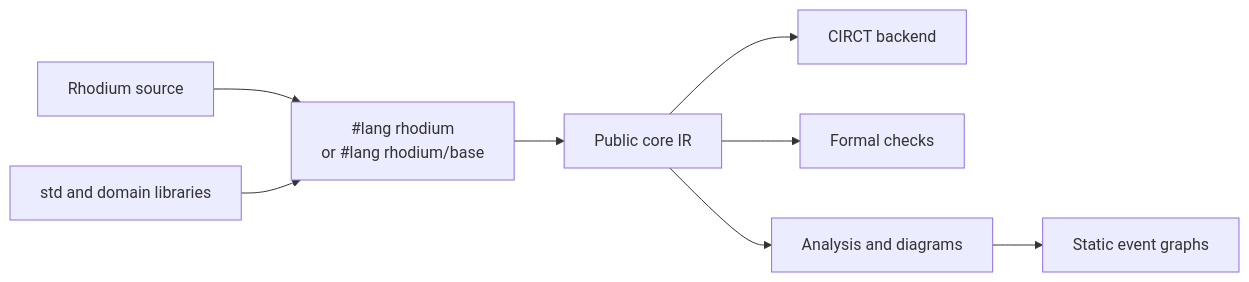
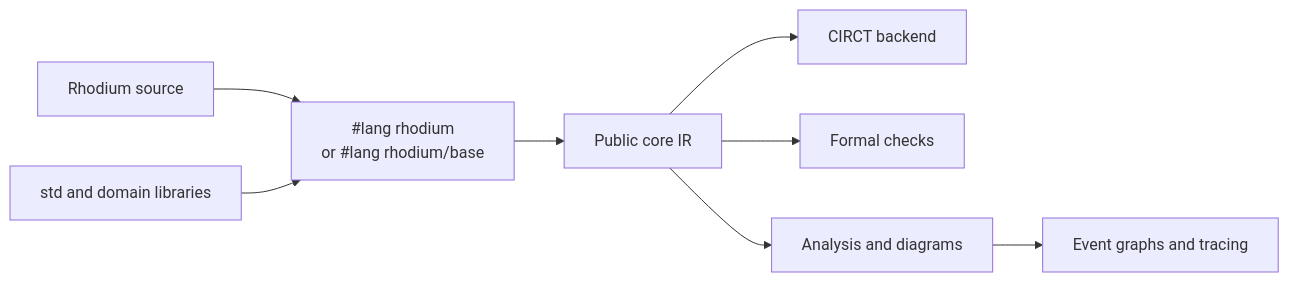
The diagram in rhodium/README.md (jerryz123/rhodium), drawn with Mermaid before and after one commit. The commit also changed other lines of this file and 29 other files, not shown here.

Commit message:
event graph instrumentation

````diff
--- a/rhodium/README.md
+++ b/rhodium/README.md
@@ -32,10 +32,10 @@
 ```mermaid
 flowchart LR
   Author["Rhodium source"] --> Profiles["#lang rhodium<br/>or #lang rhodium/base"]
   Profiles --> Core["Public core IR"]
   Core --> Backend["CIRCT backend"]
   Core --> Formal["Formal checks"]
   Core --> Views["Analysis and diagrams"]
-  Views --> Events["Static event graphs"]
+  Views --> Events["Event graphs and tracing"]
   Libraries["std and domain libraries"] --> Profiles
 ```
````
